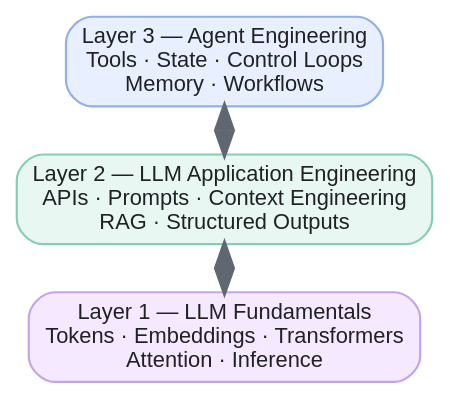
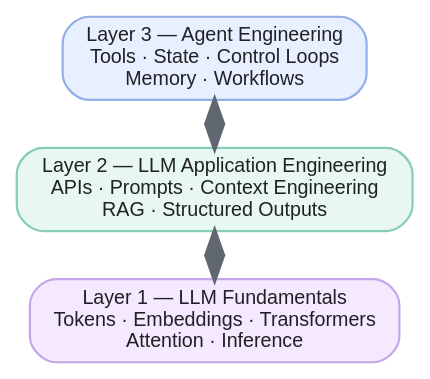
Before and after one commit to lngsa1234/my-llm-playground: the first of 5 diagrams in knowledge_base/week-01-llm-fundamentals/concepts.md, drawn with Graphviz. The commit also changed 1 other file, not shown here.

Commit message:
Center compact learning layers diagram

````diff
--- a/knowledge_base/week-01-llm-fundamentals/concepts.md
+++ b/knowledge_base/week-01-llm-fundamentals/concepts.md
@@ -5,12 +5,13 @@
 ```graphviz
 // width: 360
+// center
 digraph learning_layers {
   rankdir=BT; bgcolor="transparent"; nodesep=.25; ranksep=.3;
-  node [shape=box style="rounded,filled" fontname="Arial" fontsize=10 fontcolor="#202124" margin=".12,.06"];
+  node [shape=box style="rounded,filled" fontname="Arial" fontsize=9 fontcolor="#202124" margin=".12,.06"];
   fundamentals [label="Layer 1 — LLM Fundamentals\nTokens · Embeddings · Transformers\nAttention · Inference" fillcolor="#F5E9FF" color="#C5A5E9"];
   application [label="Layer 2 — LLM Application Engineering\nAPIs · Prompts · Context Engineering\nRAG · Structured Outputs" fillcolor="#E8F7F2" color="#86CDB7"];
   agents [label="Layer 3 — Agent Engineering\nTools · State · Control Loops\nMemory · Workflows" fillcolor="#E8F0FF" color="#92AFE8"];
   fundamentals -> application [dir=both color="#606770" penwidth=2];
   application -> agents [dir=both color="#606770" penwidth=2];
 }
 ```
````
